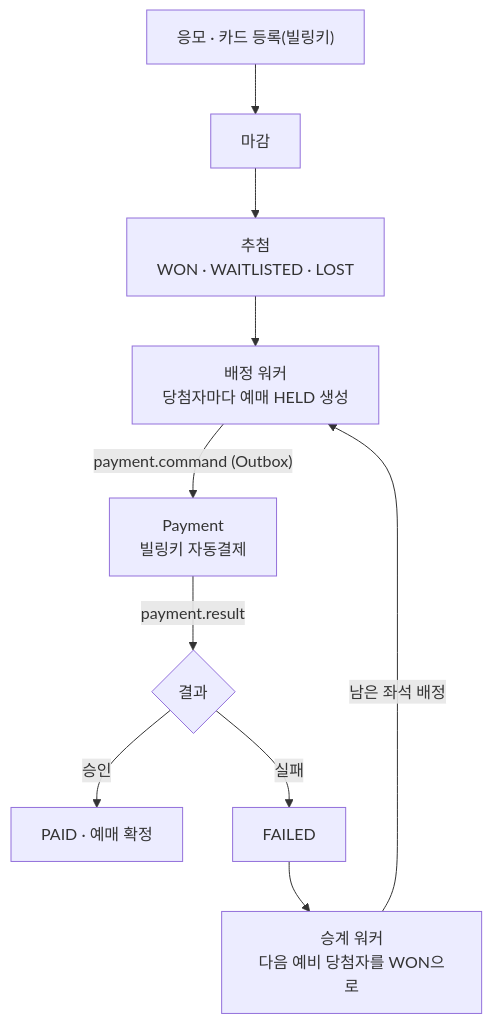
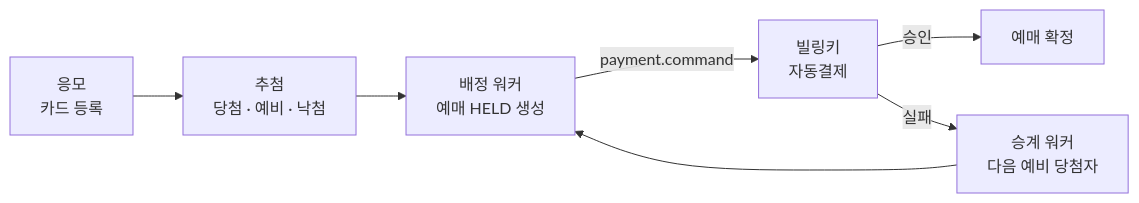
Before and after one commit to GGangMY/high-quality-ticketing-system: the eighth of 10 diagrams in README.md, drawn with Mermaid. The commit also changed other lines of this file and 2 other files, not shown here.

````diff
--- a/README.md
+++ b/README.md
@@ -255,12 +277,9 @@
 ```mermaid
-flowchart TB
-  E["응모 · 카드 등록(빌링키)"] --> CL["마감"]
-  CL --> DR["추첨<br/>WON · WAITLISTED · LOST"]
-  DR --> AS["배정 워커<br/>당첨자마다 예매 HELD 생성"]
-  AS -->|"payment.command (Outbox)"| PB["Payment<br/>빌링키 자동결제"]
-  PB -->|payment.result| RS{"결과"}
-  RS -->|승인| PAID["PAID · 예매 확정"]
-  RS -->|실패| FL["FAILED"]
-  FL --> SC["승계 워커<br/>다음 예비 당첨자를 WON으로"]
-  SC -->|남은 좌석 배정| AS
+flowchart LR
+  E["응모<br/>카드 등록"] --> DR["추첨<br/>당첨 · 예비 · 낙첨"]
+  DR --> AS["배정 워커<br/>예매 HELD 생성"]
+  AS -->|payment.command| PB["빌링키<br/>자동결제"]
+  PB -->|승인| PAID["예매 확정"]
+  PB -->|실패| SC["승계 워커<br/>다음 예비 당첨자"]
+  SC --> AS
 ```
````
